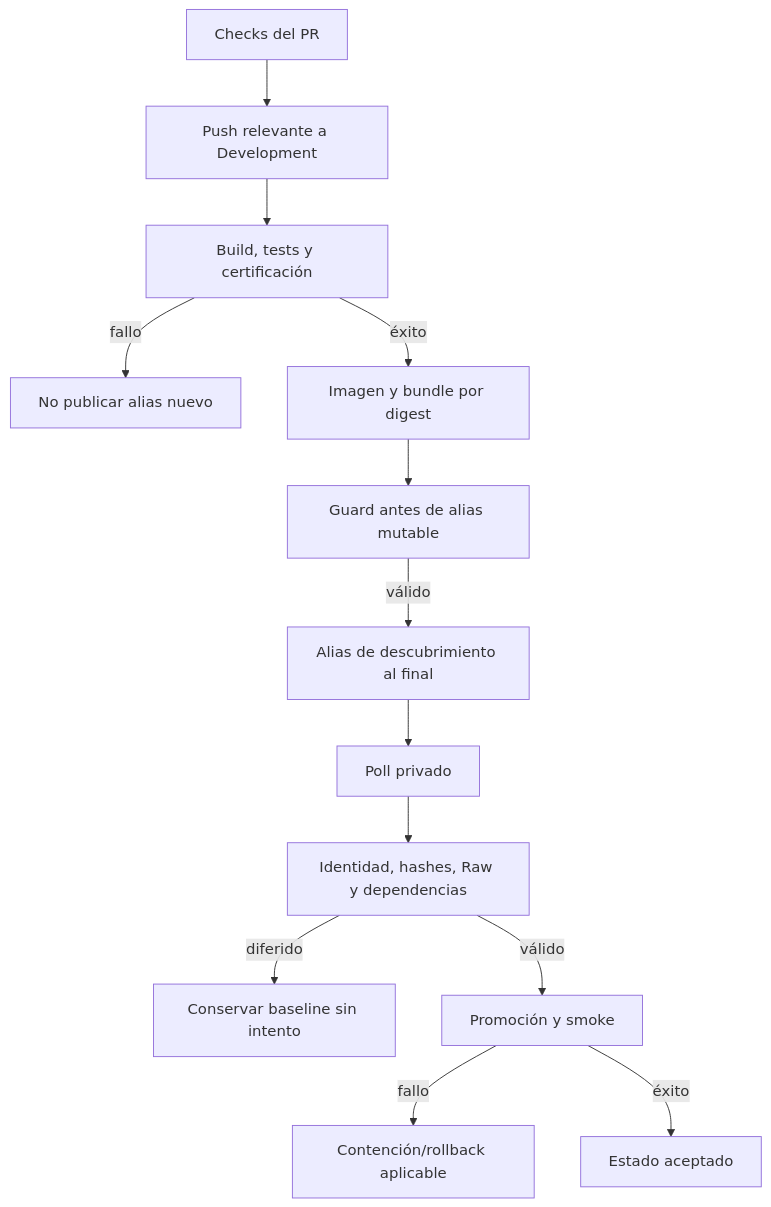
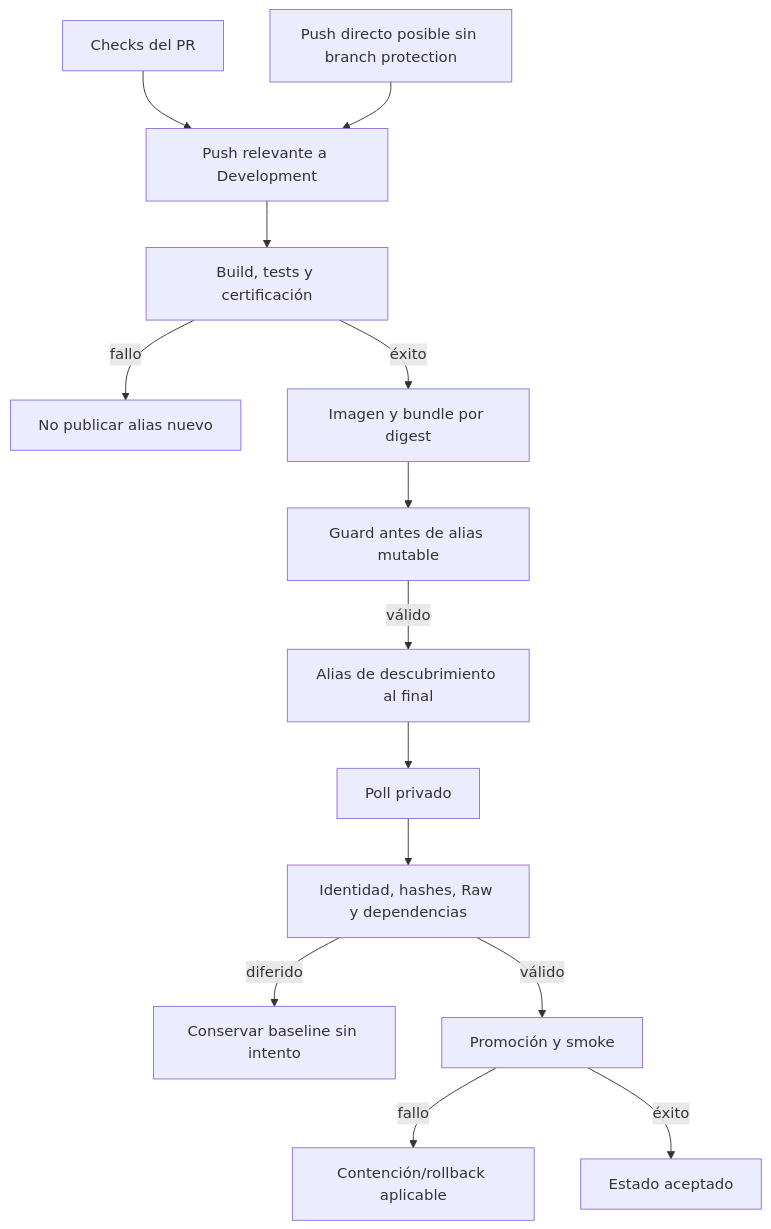
One commit to ErickEduardo027/ELEVANT changed the diagram in Vault/07-entrega/gates-fallos-y-no-op.md. Above: the diagram before and after it, drawn with Mermaid. The commit also changed other lines of this file and 64 other files, not shown here.

````diff
--- a/Vault/07-entrega/gates-fallos-y-no-op.md
+++ b/Vault/07-entrega/gates-fallos-y-no-op.md
@@ -37,15 +37,16 @@
 ```mermaid
 flowchart TD
     PR[Checks del PR] --> Push[Push relevante a Development]
+    Direct[Push directo posible sin branch protection] --> Push
     Push --> CI[Build, tests y certificación]
     CI -->|fallo| Stop[No publicar alias nuevo]
     CI -->|éxito| Bundle[Imagen y bundle por digest]
     Bundle --> Guard[Guard antes de alias mutable]
     Guard -->|válido| Alias[Alias de descubrimiento al final]
     Alias --> Poll[Poll privado]
     Poll --> Inspect[Identidad, hashes, Raw y dependencias]
     Inspect -->|diferido| Wait[Conservar baseline sin intento]
     Inspect -->|válido| Promote[Promoción y smoke]
     Promote -->|fallo| Contain[Contención/rollback aplicable]
     Promote -->|éxito| Accept[Estado aceptado]
 ```
````
